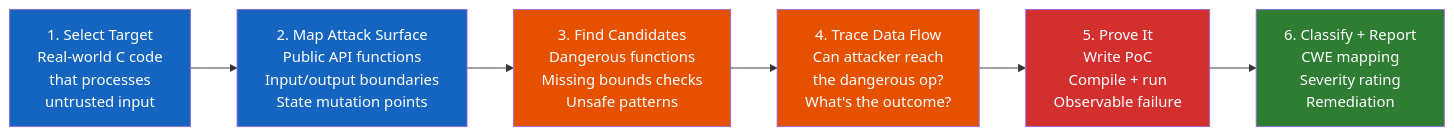
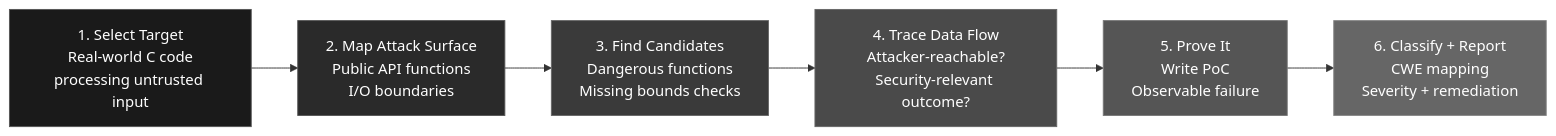
The fifth of 5 diagrams in README.md (KazamaDono/Low-Level-Research), drawn with Mermaid before and after one commit. The commit also changed other lines of this file and 2 other files, not shown here.

First line of the commit message:
readme: simplify main overview, add mermaid exploit diagrams, remove PII

````diff
--- a/README.md
+++ b/README.md
@@ -221,15 +224,15 @@
 ```mermaid
 graph LR
-    A["1. Select Target<br/>Real-world C code<br/>that processes<br/>untrusted input"] --> B["2. Map Attack Surface<br/>Public API functions<br/>Input/output boundaries<br/>State mutation points"]
-    B --> C["3. Find Candidates<br/>Dangerous functions<br/>Missing bounds checks<br/>Unsafe patterns"]
-    C --> D["4. Trace Data Flow<br/>Can attacker reach<br/>the dangerous op?<br/>What's the outcome?"]
-    D --> E["5. Prove It<br/>Write PoC<br/>Compile + run<br/>Observable failure"]
-    E --> F["6. Classify + Report<br/>CWE mapping<br/>Severity rating<br/>Remediation"]
+    A["1. Select Target<br/>Real-world C code<br/>processing untrusted input"] --> B["2. Map Attack Surface<br/>Public API functions<br/>I/O boundaries"]
+    B --> C["3. Find Candidates<br/>Dangerous functions<br/>Missing bounds checks"]
+    C --> D["4. Trace Data Flow<br/>Attacker-reachable?<br/>Security-relevant outcome?"]
+    D --> E["5. Prove It<br/>Write PoC<br/>Observable failure"]
+    E --> F["6. Classify + Report<br/>CWE mapping<br/>Severity + remediation"]
 
-    style A fill:#1565c0,color:#fff
-    style B fill:#1565c0,color:#fff
-    style C fill:#e65100,color:#fff
-    style D fill:#e65100,color:#fff
-    style E fill:#d32f2f,color:#fff
-    style F fill:#2e7d32,color:#fff
+    style A fill:#1a1a1a,color:#fff,stroke:#555
+    style B fill:#2a2a2a,color:#fff,stroke:#555
+    style C fill:#3a3a3a,color:#fff,stroke:#666
+    style D fill:#4a4a4a,color:#fff,stroke:#666
+    style E fill:#555,color:#fff,stroke:#777
+    style F fill:#666,color:#fff,stroke:#888
 ```
````
